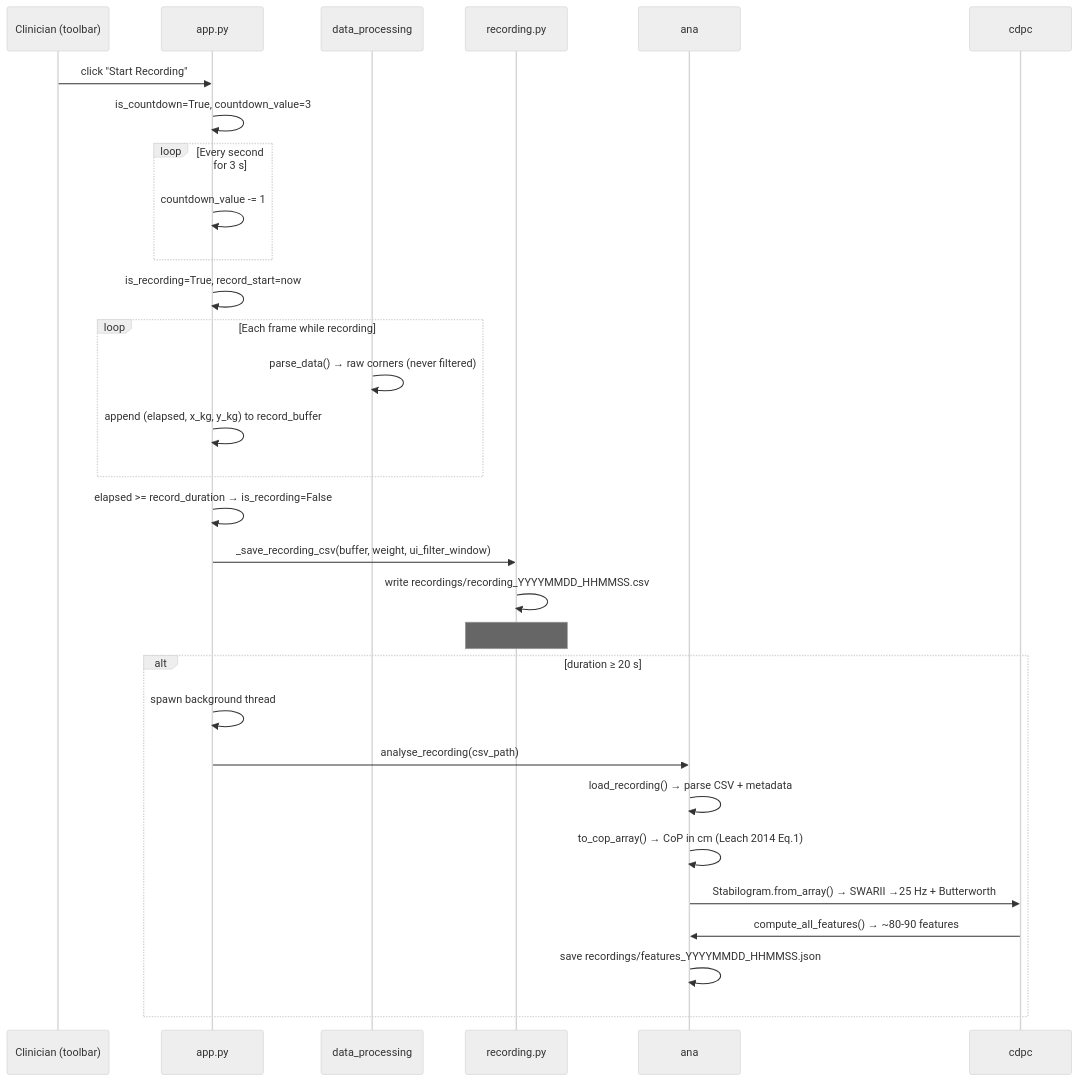
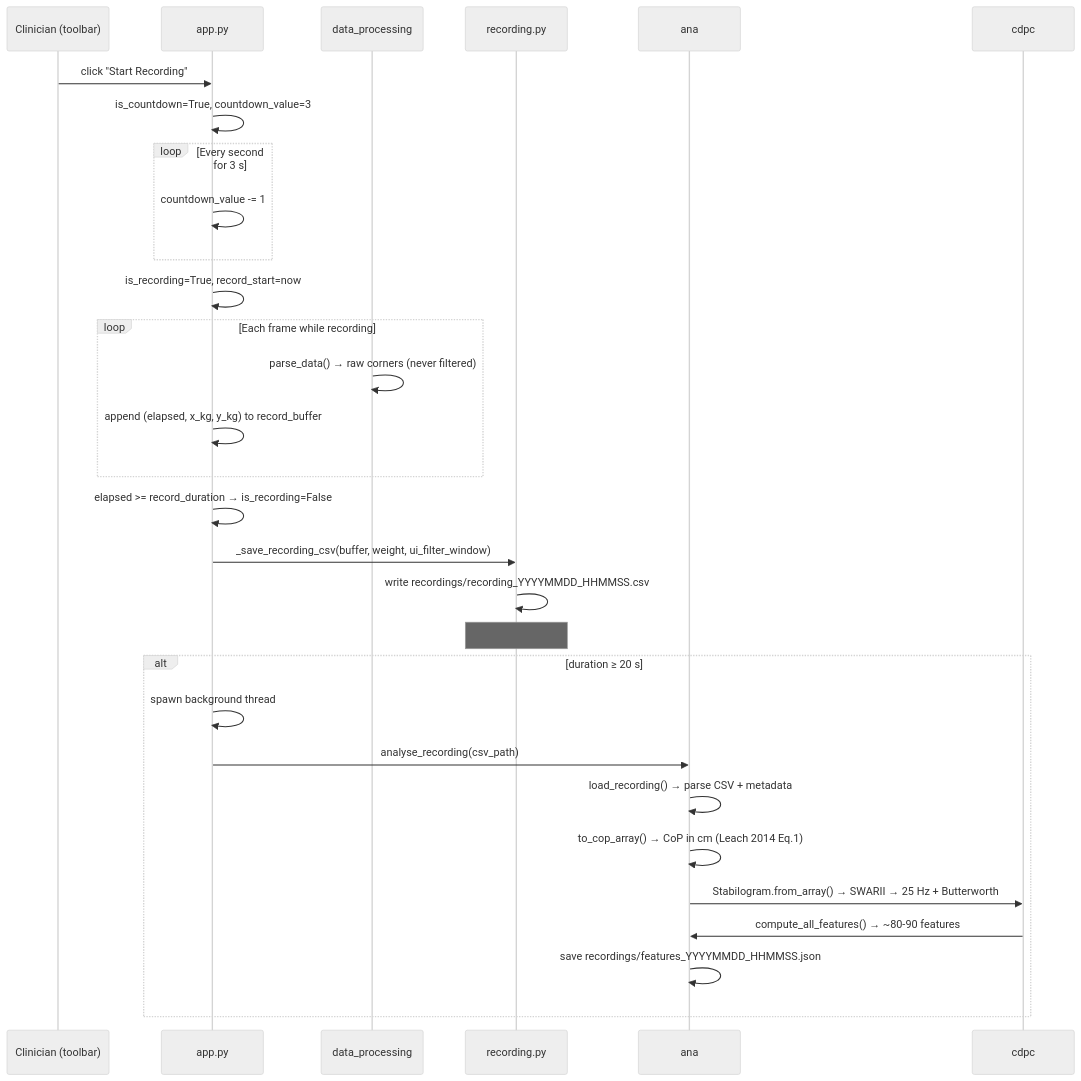
The fourth of 5 diagrams in Docs/ARCHITECTURE.md (NeuroRehack/WIIBBLE), drawn with Mermaid (neutral theme) before and after one commit. The commit also changed other lines of this file and 13 other files, not shown here.

````diff
--- a/Docs/ARCHITECTURE.md
+++ b/Docs/ARCHITECTURE.md
@@ -106,34 +110,34 @@
 ```mermaid
 sequenceDiagram
     participant cli as Clinician (toolbar)
     participant app as app.py
     participant dp as data_processing
     participant rec as recording.py
 
     cli->>app: click "Start Recording"
     app->>app: is_countdown=True, countdown_value=3
     loop Every second for 3 s
         app->>app: countdown_value -= 1
     end
     app->>app: is_recording=True, record_start=now
 
     loop Each frame while recording
         dp->>dp: parse_data() → raw corners (never filtered)
         app->>app: append (elapsed, x_kg, y_kg) to record_buffer
     end
 
     app->>app: elapsed >= record_duration → is_recording=False
     app->>rec: _save_recording_csv(buffer, weight, ui_filter_window)
     rec->>rec: write recordings/recording_YYYYMMDD_HHMMSS.csv
     Note over rec: # total_weight_kg, # ui_filter_window written as metadata comments
 
     alt duration ≥ 20 s
         app->>app: spawn background thread
         app->>ana: analyse_recording(csv_path)
         ana->>ana: load_recording() → parse CSV + metadata
         ana->>ana: to_cop_array() → CoP in cm (Leach 2014 Eq.1)
-        ana->>cdpc: Stabilogram.from_array() → SWARII →25 Hz + Butterworth
+        ana->>cdpc: Stabilogram.from_array() → SWARII → 25 Hz + Butterworth
         cdpc->>ana: compute_all_features() → ~80-90 features
         ana->>ana: save recordings/features_YYYYMMDD_HHMMSS.json
     end
 ```
````
